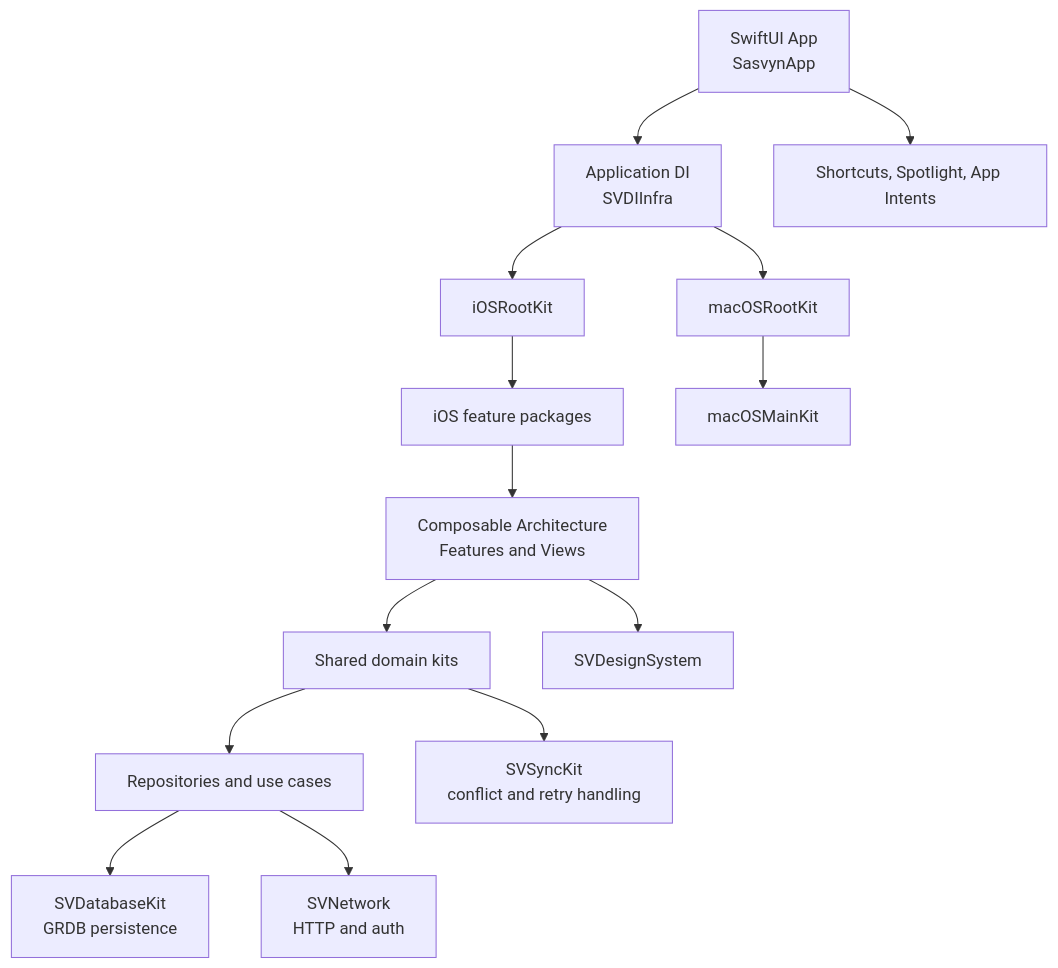
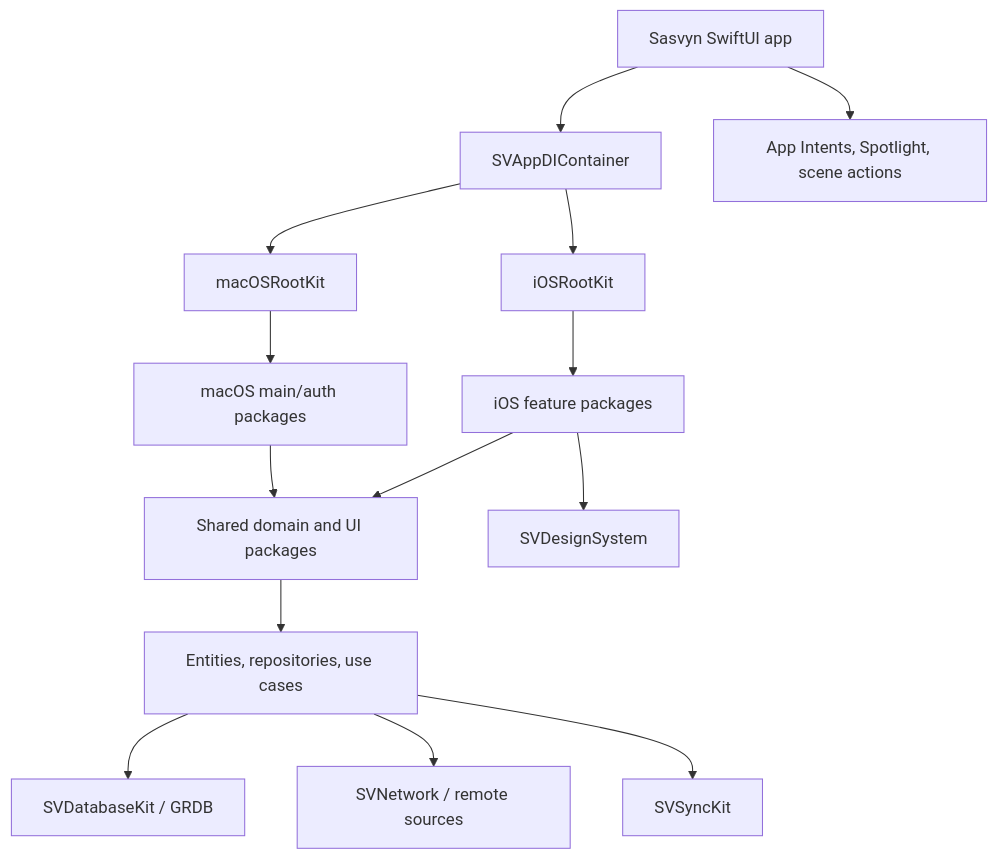
Before and after one commit to thakur-vijay/sasvyn: the diagram in README.md, drawn with Mermaid. The commit also changed other lines of this file and 28 other files, not shown here.

````diff
--- a/README.md
+++ b/README.md
@@ -83,16 +73,16 @@
 ```mermaid
 flowchart TD
-		App[SwiftUI App<br/>SasvynApp] --> DI[Application DI<br/>SVDIInfra]
-		DI --> RootI[iOSRootKit]
-		DI --> RootM[macOSRootKit]
-		RootI --> Main[iOS feature packages]
-		RootM --> MainM[macOSMainKit]
-		Main --> TCA[Composable Architecture<br/>Features and Views]
-		TCA --> Domain[Shared domain kits]
-		Domain --> Repositories[Repositories and use cases]
-		Repositories --> Database[SVDatabaseKit<br/>GRDB persistence]
-		Repositories --> Network[SVNetwork<br/>HTTP and auth]
-		Domain --> Sync[SVSyncKit<br/>conflict and retry handling]
-		TCA --> Design[SVDesignSystem]
-		App --> Integrations[Shortcuts, Spotlight, App Intents]
+    App["Sasvyn SwiftUI app"] --> AppDI["SVAppDIContainer"]
+    AppDI --> IOSRoot["iOSRootKit"]
+    AppDI --> MacRoot["macOSRootKit"]
+    IOSRoot --> IOSFeatures["iOS feature packages"]
+    MacRoot --> MacFeatures["macOS main/auth packages"]
+    IOSFeatures --> Shared["Shared domain and UI packages"]
+    MacFeatures --> Shared
+    Shared --> Domain["Entities, repositories, use cases"]
+    Domain --> Storage["SVDatabaseKit / GRDB"]
+    Domain --> Network["SVNetwork / remote sources"]
+    Domain --> Sync["SVSyncKit"]
+    IOSFeatures --> Design["SVDesignSystem"]
+    App --> System["App Intents, Spotlight, scene actions"]
 ```
````
